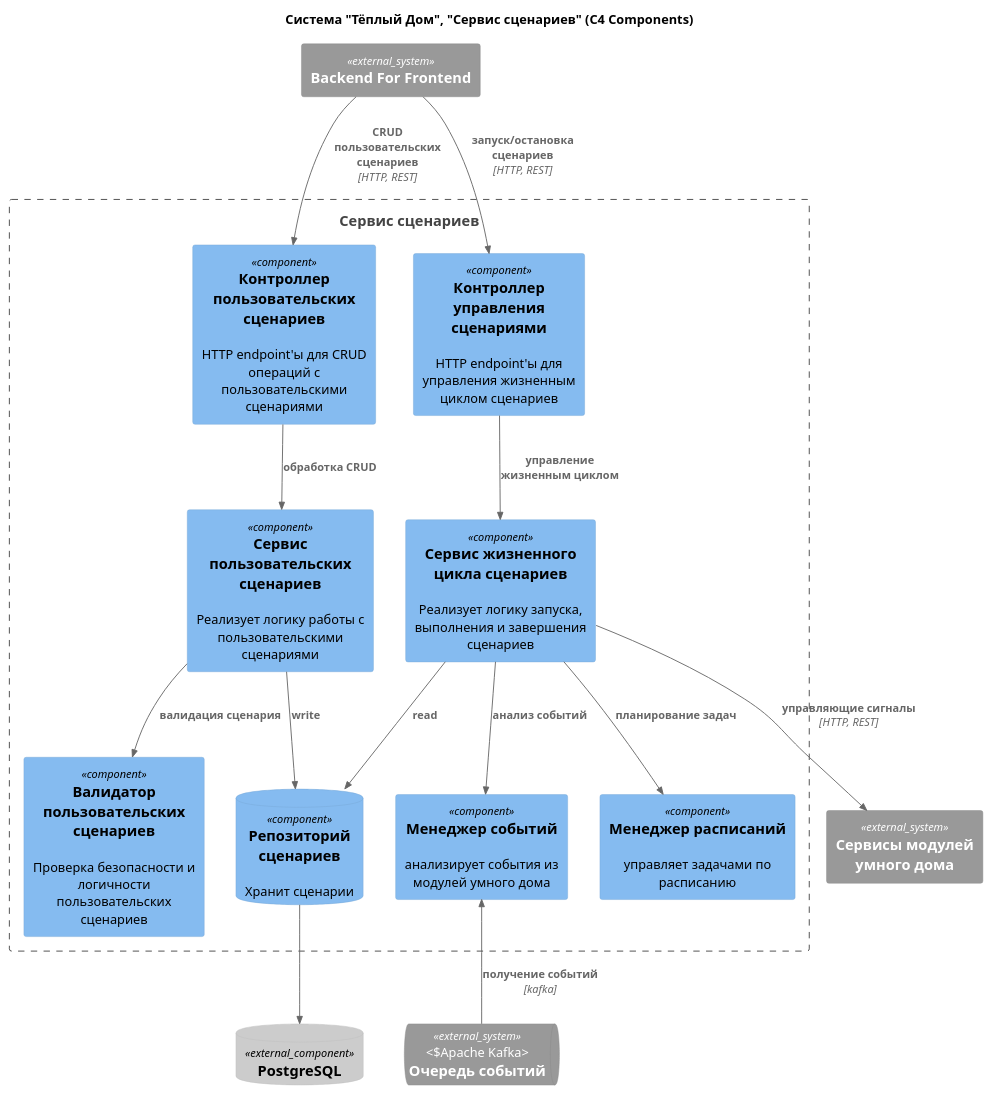
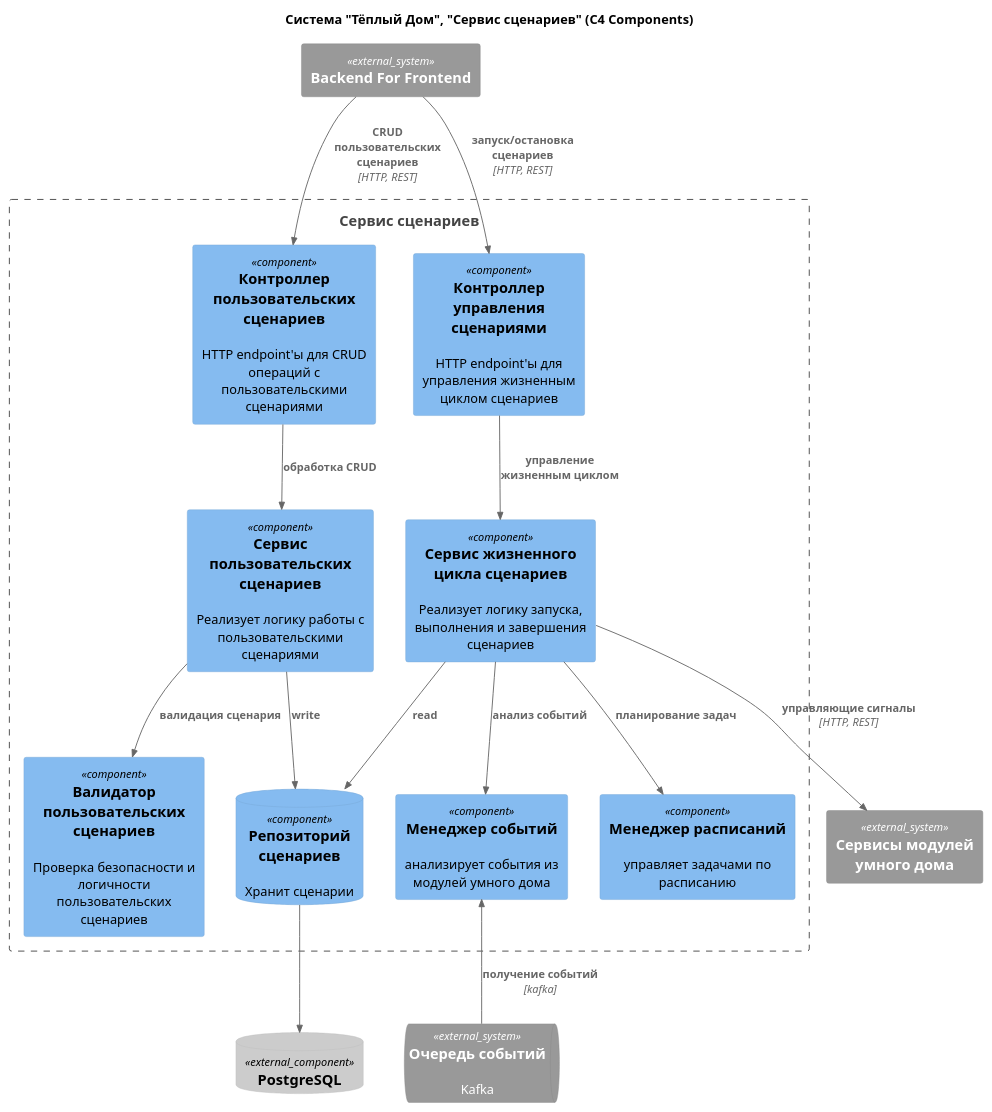
The diagram in schemas/components/WarmHouse_Components_scenarios.puml (kalach77rus/warmhouse), drawn with PlantUML before and after one commit. The commit also changed 2 other files, not shown here.

```diff
--- a/schemas/components/WarmHouse_Components_scenarios.puml
+++ b/schemas/components/WarmHouse_Components_scenarios.puml
@@ -1,40 +1,40 @@
 @startuml warmhouse scenarios components diagram
 !include ../assets/C4_templates/C4_Component.puml
 
 title Система "Тёплый Дом", "Сервис сценариев" (C4 Components)
 
 Boundary(service, "Сервис сценариев") {
     Component(custom_scenarion_ctrl, "Контроллер пользовательских сценариев", "", "HTTP endpoint'ы для CRUD операций с пользовательскими сценариями")
     Component(scenarion_ctrl, "Контроллер управления сценариями", "", "HTTP endpoint'ы для управления жизненным циклом сценариев")
     Component(custom_scenarion_srv, "Сервис пользовательских сценариев", "", "Реализует логику работы с пользовательскими сценариями")
     Component(scenarion_srv, "Сервис жизненного цикла сценариев", "", "Реализует логику запуска, выполнения и завершения сценариев")
     Component(custom_scenarion_check, "Валидатор пользовательских сценариев", "", "Проверка безопасности и логичности пользовательских сценариев")
     Component(event_manager, "Менеджер событий", "", "анализирует события из модулей умного дома")
     Component(scheduler, "Менеджер расписаний", "", "управляет задачами по расписанию")
     ComponentDb(scenarios_repo, "Репозиторий сценариев", "", "Хранит сценарии")
 }
 
 ComponentDb_Ext(pgdb, "PostgreSQL", "", "")
 System_Ext(bff, "Backend For Frontend", "", "")
-SystemQueue_Ext(event_queue, "Очередь событий", "", "Apache Kafka")
+SystemQueue_Ext(event_queue, "Очередь событий", "Kafka", "")
 System_Ext(modules_service, "Сервисы модулей умного дома", "", "")
 
 Rel(bff, custom_scenarion_ctrl, "CRUD пользовательских сценариев", "HTTP, REST")
 Rel(bff, scenarion_ctrl, "запуск/остановка сценариев", "HTTP, REST")
 
 Rel(custom_scenarion_ctrl, custom_scenarion_srv, "обработка CRUD")
 Rel(custom_scenarion_srv, custom_scenarion_check, "валидация сценария")
 
 Rel(scenarion_ctrl, scenarion_srv, "управление жизненным циклом")
 Rel(scenarion_srv, event_manager, "анализ событий")
 Rel(scenarion_srv, scenarios_repo, "read")
 Rel(scenarion_srv, scheduler, "планирование задач")
 Rel(scenarion_srv, modules_service, "управляющие сигналы", "HTTP, REST")
 
 Rel_U(event_queue, event_manager, "получение событий", "kafka")
 
 Rel_D(custom_scenarion_srv, scenarios_repo, "write")
 Rel(scenarios_repo, pgdb, "")
 
 
 @enduml
```
